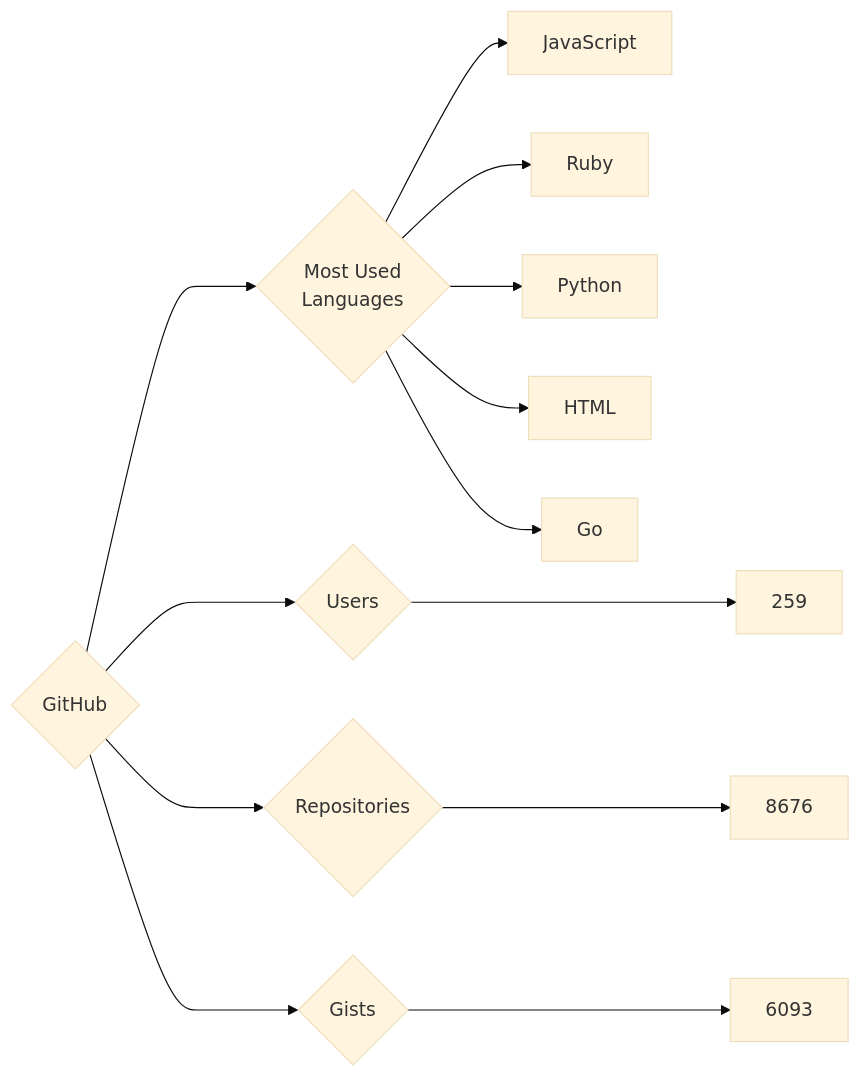
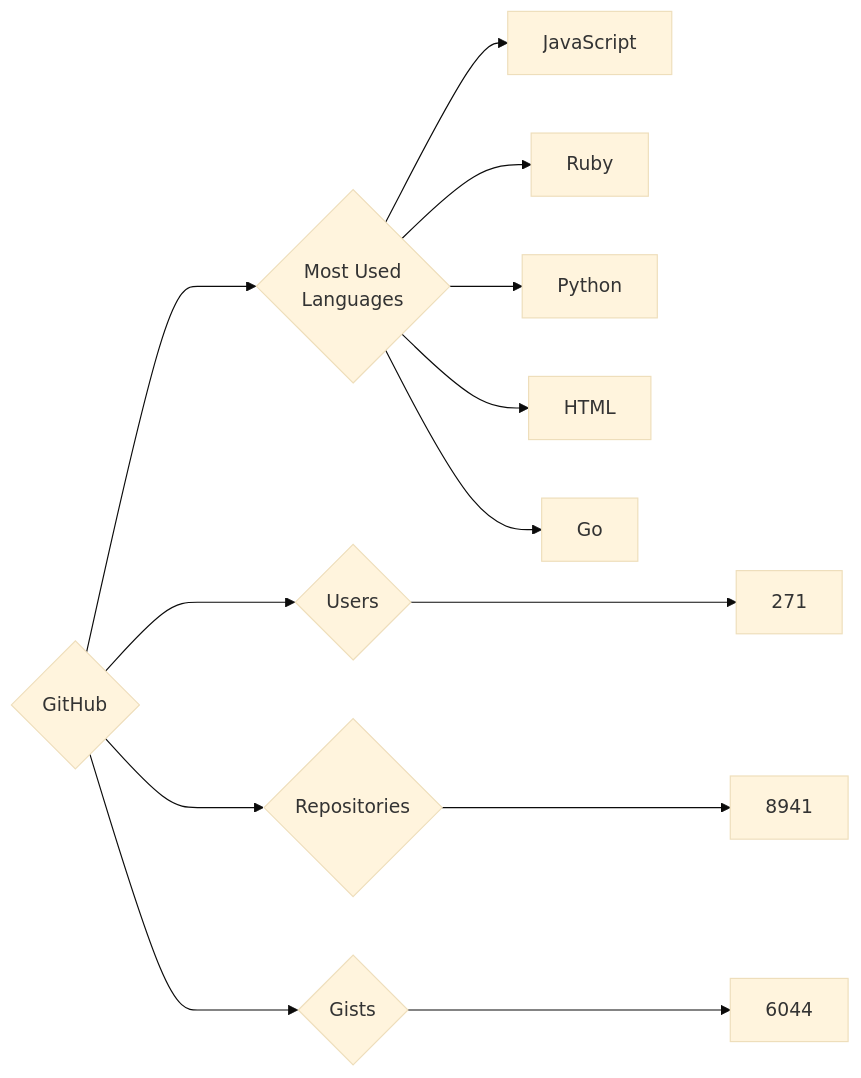
One commit to trickest/insiders changed the diagram in targets/GitHub/README.md. Above: the diagram before and after it, drawn with Mermaid (base theme). The commit also changed 837 other files, not shown here.

````diff
--- a/targets/GitHub/README.md
+++ b/targets/GitHub/README.md
@@ -3,13 +3,13 @@
 ```mermaid
 graph LR
 COMPANY_NAME{GitHub}
-COMPANY_NAME ---> U{Users} ---> UN[259]
-COMPANY_NAME ---> R{Repositories} ---> RN[8676]
-COMPANY_NAME ---> G{Gists} ---> GN[6093]
+COMPANY_NAME ---> U{Users} ---> UN[271]
+COMPANY_NAME ---> R{Repositories} ---> RN[8941]
+COMPANY_NAME ---> G{Gists} ---> GN[6044]
 COMPANY_NAME ---> ML{Most Used<br>Languages}
 ML --> JavaScript[JavaScript]
 ML --> Ruby[Ruby]
 ML --> Python[Python]
 ML --> HTML[HTML]
 ML --> Go[Go]
 ```
````
